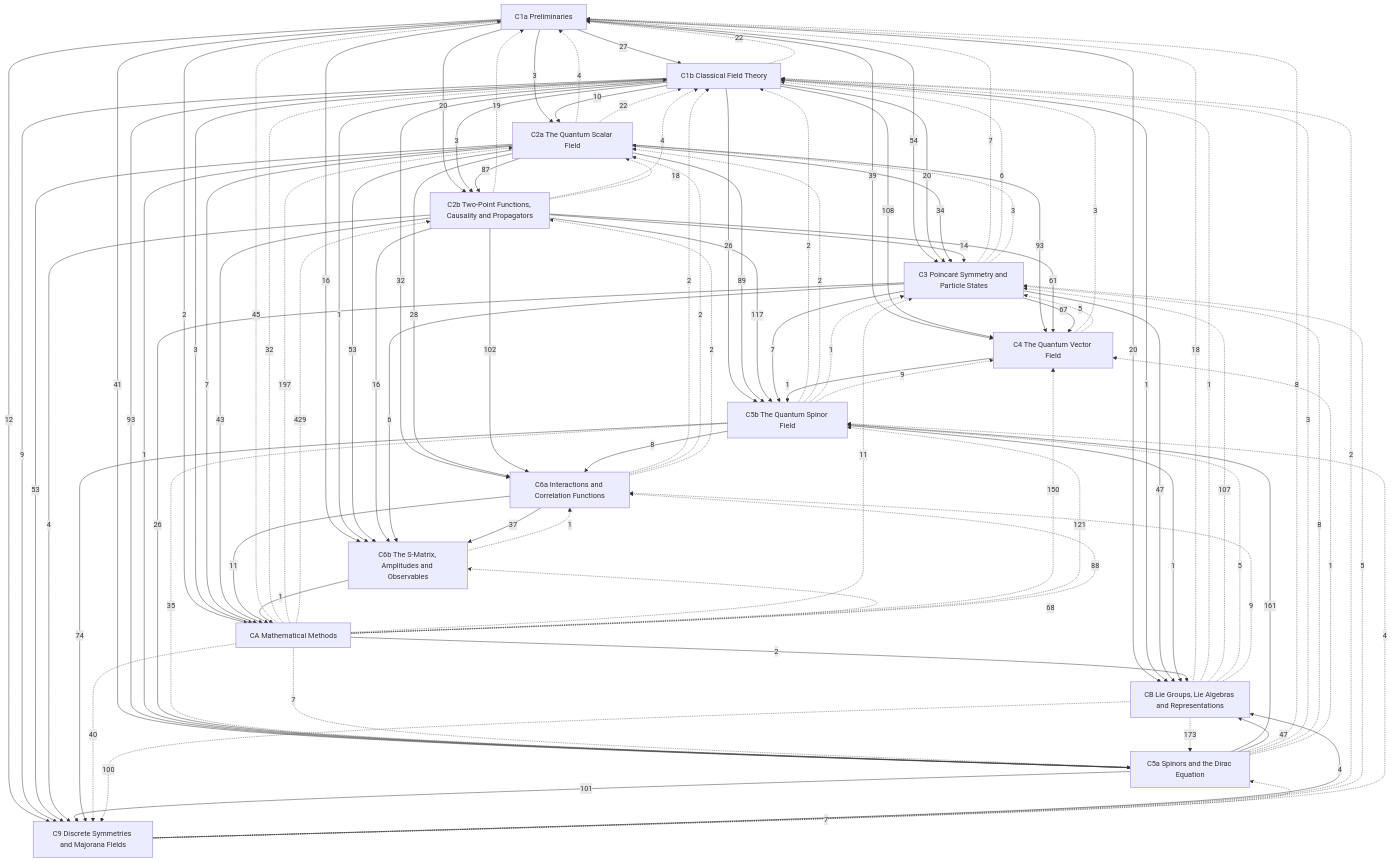
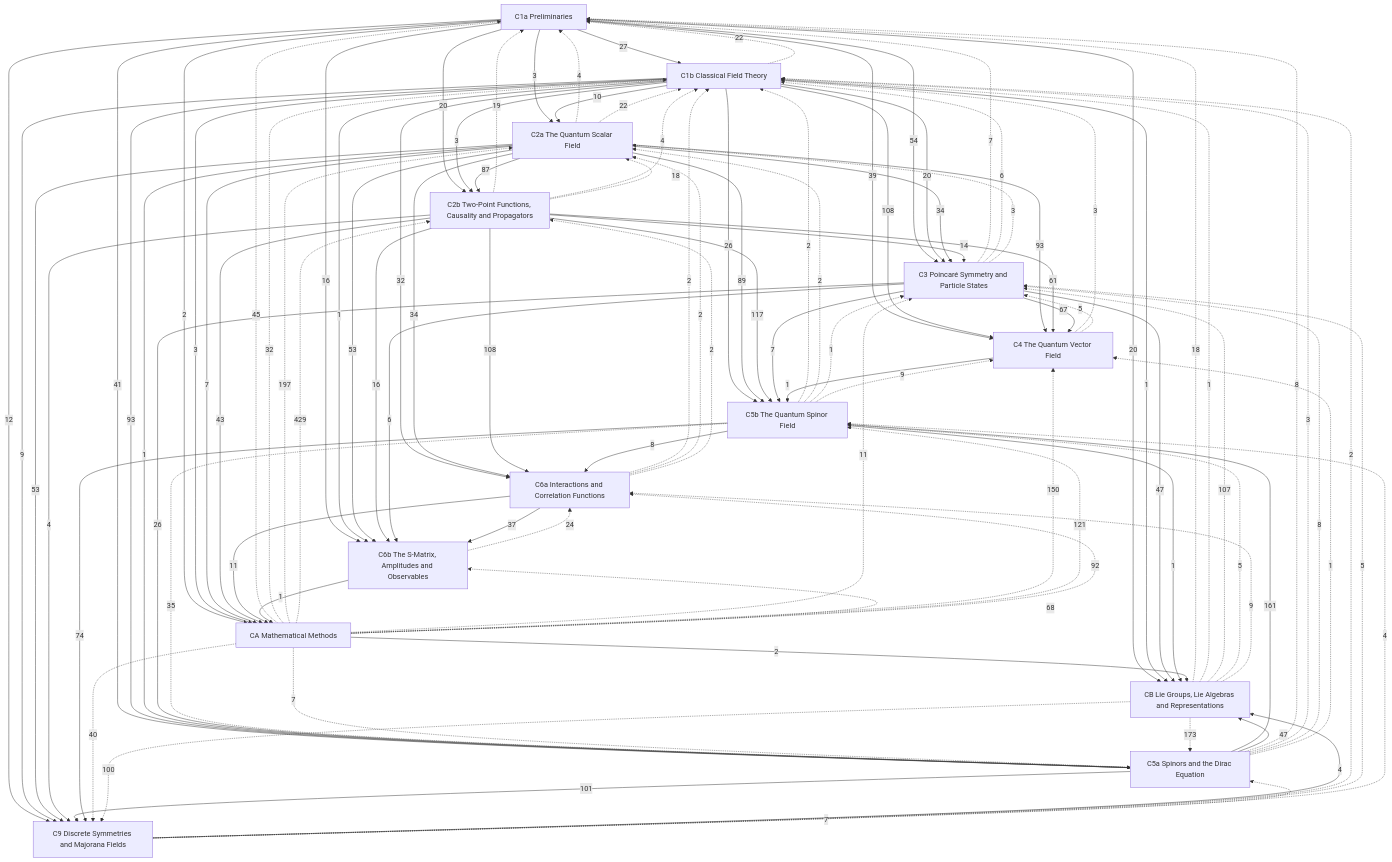
One commit to Onion20040508/notes changed the diagram in Physics/Quantum Field Theory/Quantum Field Theory.md. Above: the diagram before and after it, drawn with Mermaid. The commit also changed 38 other files, not shown here.

```diff
--- a/Physics/Quantum Field Theory/Quantum Field Theory.md
+++ b/Physics/Quantum Field Theory/Quantum Field Theory.md
@@ -70,8 +70,8 @@
   C4 -->|1| C5b
   C5a -->|161| C5b
   C1b -->|32| C6a
-  C2a -->|28| C6a
-  C2b -->|102| C6a
+  C2a -->|34| C6a
+  C2b -->|108| C6a
   C5b -->|8| C6a
   C1a -->|16| C6b
   C1b -->|1| C6b
@@ -138,8 +138,8 @@
   C9 -.->|4| C5b
   CA -.->|121| C5b
   CB -.->|5| C5b
-  C6b -.->|1| C6a
-  CA -.->|88| C6a
+  C6b -.->|24| C6a
+  CA -.->|92| C6a
   CB -.->|9| C6a
   CA -.->|68| C6b
   CA -.->|40| C9
```
